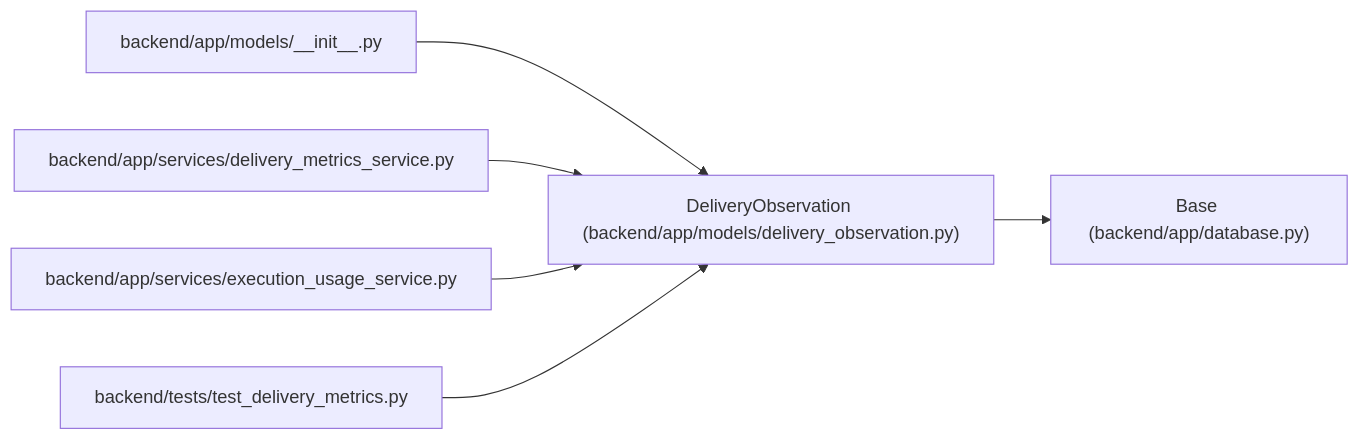
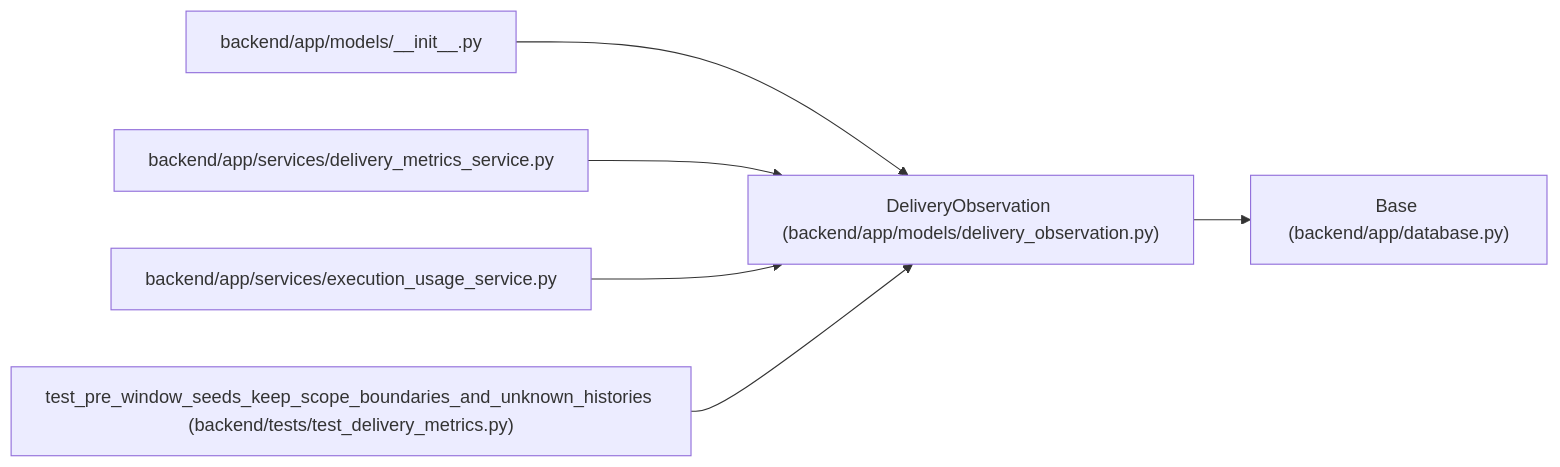
One commit to Denissvgn/WorkChord changed the diagram in docs/llm_wiki/entities/DeliveryObservation.md. Above: the diagram before and after it, drawn with Mermaid. The commit also changed other lines of this file and 335 other files, not shown here.

````diff
--- a/docs/llm_wiki/entities/DeliveryObservation.md
+++ b/docs/llm_wiki/entities/DeliveryObservation.md
@@ -34,20 +34,20 @@
 ```mermaid
 flowchart LR
     n0["DeliveryObservation (backend/app/models/delivery_observation.py)"]
     n1["Base (backend/app/database.py)"]
     n2["backend/app/models/__init__.py"]
     n3["backend/app/services/delivery_metrics_service.py"]
     n4["backend/app/services/execution_usage_service.py"]
-    n5["backend/tests/test_delivery_metrics.py"]
+    n5["test_pre_window_seeds_keep_scope_boundaries_and_unknown_histories (backend/tests/test_delivery_metrics.py)"]
     n0 --> n1
     n2 --> n0
     n3 --> n0
     n4 --> n0
     n5 --> n0
     click n0 "../modules/delivery_observation.md"
     click n1 "../modules/app_database.md"
     click n2 "../modules/models___init__.md"
     click n3 "../modules/delivery_metrics_service.md"
     click n4 "../modules/execution_usage_service.md"
     click n5 "../modules/test_delivery_metrics.md"
 ```
````
